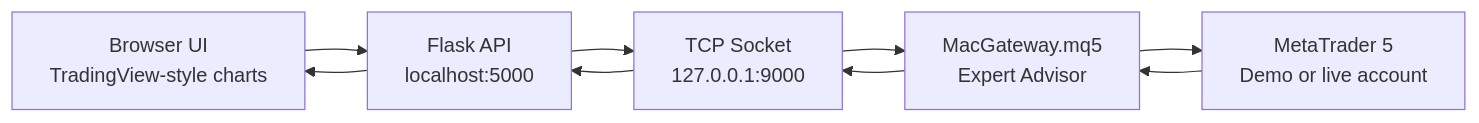
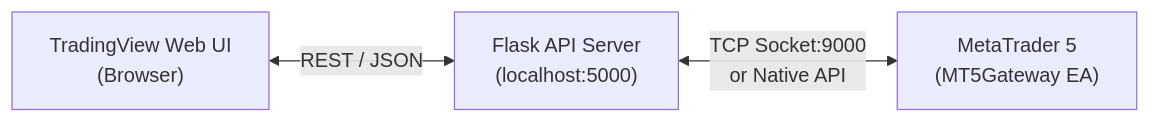
Before and after one commit to wuangnv/mt5-tradingview-backtester: the diagram in README.md, drawn with Mermaid. The commit also changed other lines of this file and 9 other files, not shown here.

Commit message:
feat: TradingView Web 1:1 UI overhaul, cross-platform Windows & macOS optimization, draggable quick trade, and comprehensive instructions

````diff
--- a/README.md
+++ b/README.md
@@ -16,8 +34,5 @@
 ```mermaid
 flowchart LR
-    Browser["Browser UI<br/>TradingView-style charts"] --> Flask["Flask API<br/>localhost:5000"]
-    Flask --> Socket["TCP Socket<br/>127.0.0.1:9000"]
-    Socket --> EA["MacGateway.mq5<br/>Expert Advisor"]
-    EA --> MT5["MetaTrader 5<br/>Demo or live account"]
-    MT5 --> EA --> Socket --> Flask --> Browser
+    Browser["TradingView Web UI<br/>(Browser)"] <-->|REST / JSON| Flask["Flask API Server<br/>(localhost:5000)"]
+    Flask <-->|TCP Socket:9000<br/>or Native API| MT5["MetaTrader 5<br/>(MT5Gateway EA)"]
 ```
````
